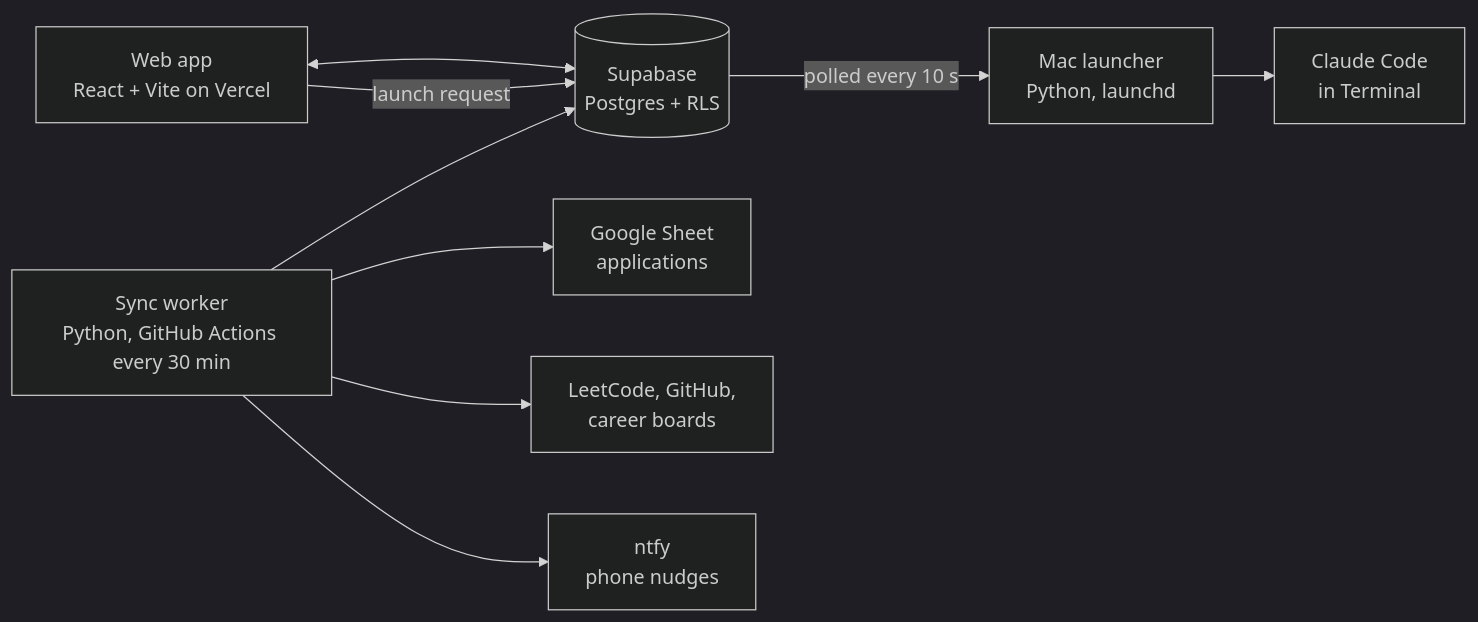
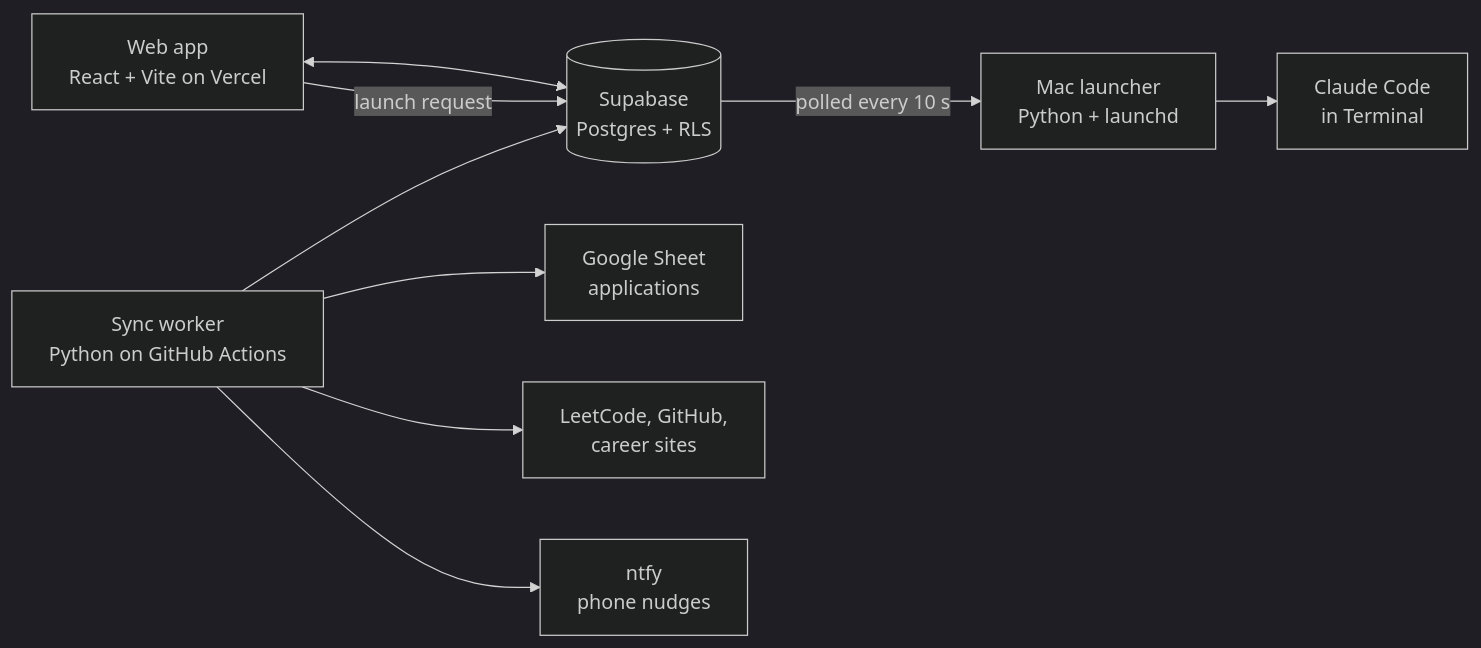
The diagram in README.md (adamkuhn1/lock-in), drawn with Mermaid (dark theme) before and after one commit. The commit also changed other lines of this file, not shown here.

````diff
--- a/README.md
+++ b/README.md
@@ -30,11 +38,11 @@
 ```mermaid
 flowchart LR
   web["Web app<br/>React + Vite on Vercel"] <--> db[("Supabase<br/>Postgres + RLS")]
-  cron["Sync worker<br/>Python, GitHub Actions every 30 min"] --> db
+  cron["Sync worker<br/>Python on GitHub Actions"] --> db
   cron --> sheet["Google Sheet<br/>applications"]
-  cron --> sources["LeetCode, GitHub,<br/>career boards"]
+  cron --> sources["LeetCode, GitHub,<br/>career sites"]
   cron --> ntfy["ntfy<br/>phone nudges"]
   web -- "launch request" --> db
-  db -- "polled every 10 s" --> mac["Mac launcher<br/>Python, launchd"]
+  db -- "polled every 10 s" --> mac["Mac launcher<br/>Python + launchd"]
   mac --> claude["Claude Code<br/>in Terminal"]
 ```
````
